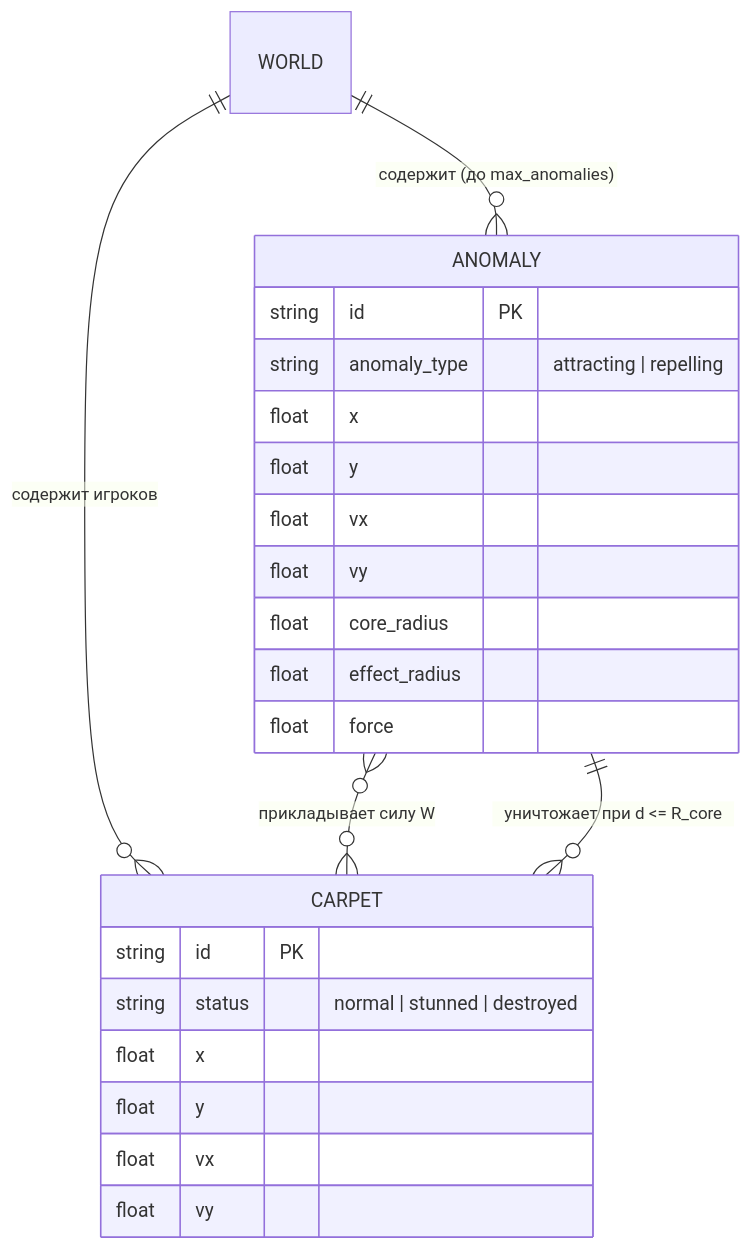
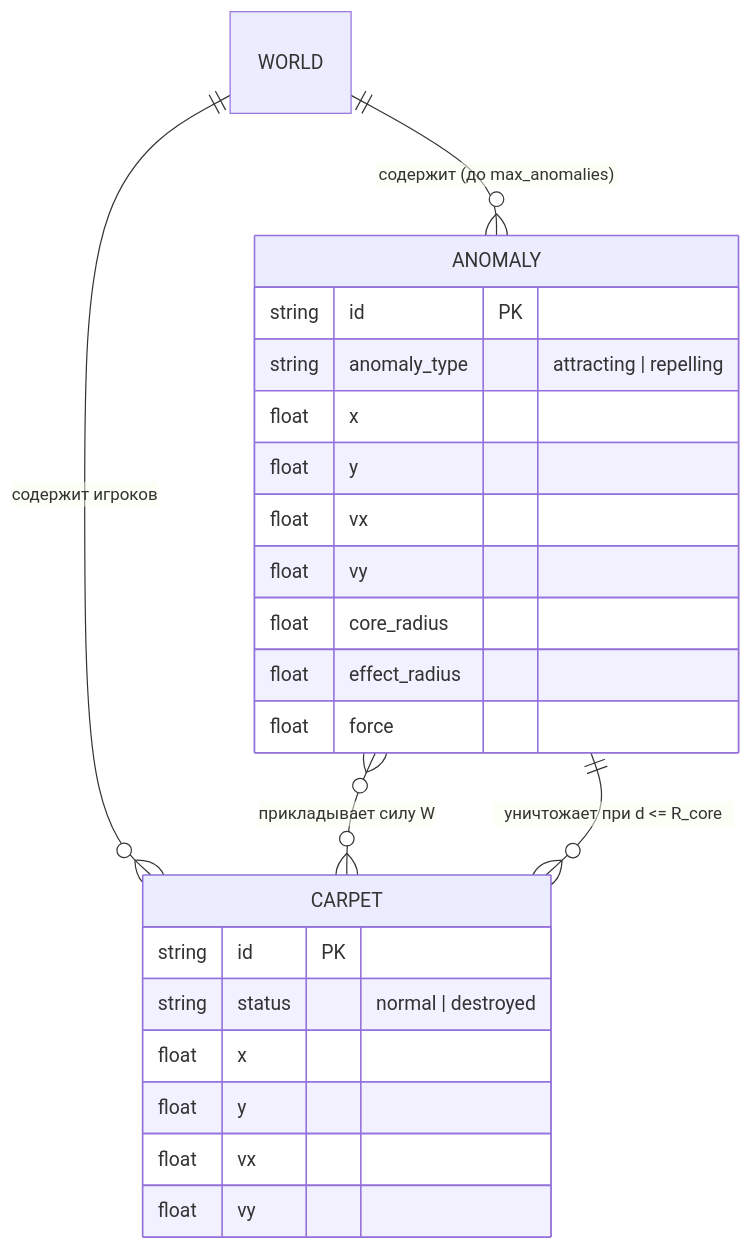
Before and after one commit to bytadaniel/open-datsmagic: the first of 2 diagrams in docs/domain/DR-005-anomalies.md, drawn with Mermaid. The commit also changed other lines of this file and 140 other files, not shown here.

````diff
--- a/docs/domain/DR-005-anomalies.md
+++ b/docs/domain/DR-005-anomalies.md
@@ -161,26 +165,26 @@
 ```mermaid
 erDiagram
     WORLD ||--o{ ANOMALY : "содержит (до max_anomalies)"
     WORLD ||--o{ CARPET : "содержит игроков"
     ANOMALY }o--o{ CARPET : "прикладывает силу W"
     ANOMALY ||--o{ CARPET : "уничтожает при d <= R_core"
     ANOMALY {
         string id PK
         string anomaly_type "attracting | repelling"
         float x
         float y
         float vx
         float vy
         float core_radius
         float effect_radius
         float force
     }
     CARPET {
         string id PK
-        string status "normal | stunned | destroyed"
+        string status "normal | destroyed"
         float x
         float y
         float vx
         float vy
     }
 ```
````
